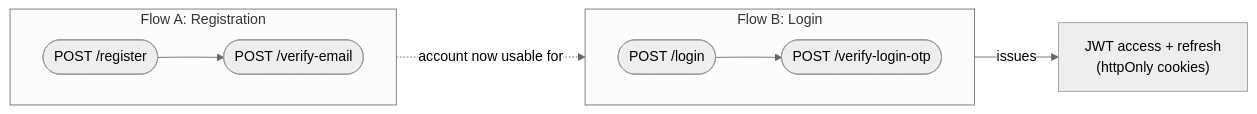
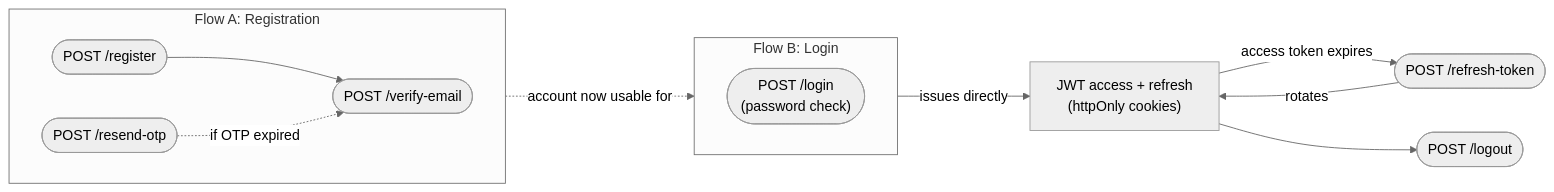
One commit to Codewith-soham/LabMon changed the first of 4 diagrams in backend/docs/auth-module.md. Above: the diagram before and after it, drawn with Mermaid (neutral theme). The commit also changed other lines of this file and 14 other files, not shown here.

First line of the commit message:
Refactor PC sync and lookup endpoints; enhance documentation and roadmap

````diff
--- a/backend/docs/auth-module.md
+++ b/backend/docs/auth-module.md
@@ -40,13 +49,17 @@
 ```mermaid
 flowchart LR
     subgraph A["Flow A: Registration"]
         direction LR
         A1(["POST /register"]) --> A2(["POST /verify-email"])
+        A3(["POST /resend-otp"]) -.->|"if OTP expired"| A2
     end
     subgraph B["Flow B: Login"]
         direction LR
-        B1(["POST /login"]) --> B2(["POST /verify-login-otp"])
+        B1(["POST /login\n(password check)"])
     end
     A2 -.->|"account now usable for"| B1
-    B2 -->|"issues"| T["JWT access + refresh\n(httpOnly cookies)"]
+    B1 -->|"issues directly"| T["JWT access + refresh\n(httpOnly cookies)"]
+    T -->|"access token expires"| R(["POST /refresh-token"])
+    R -->|"rotates"| T
+    T --> L(["POST /logout"])
 ```
````
